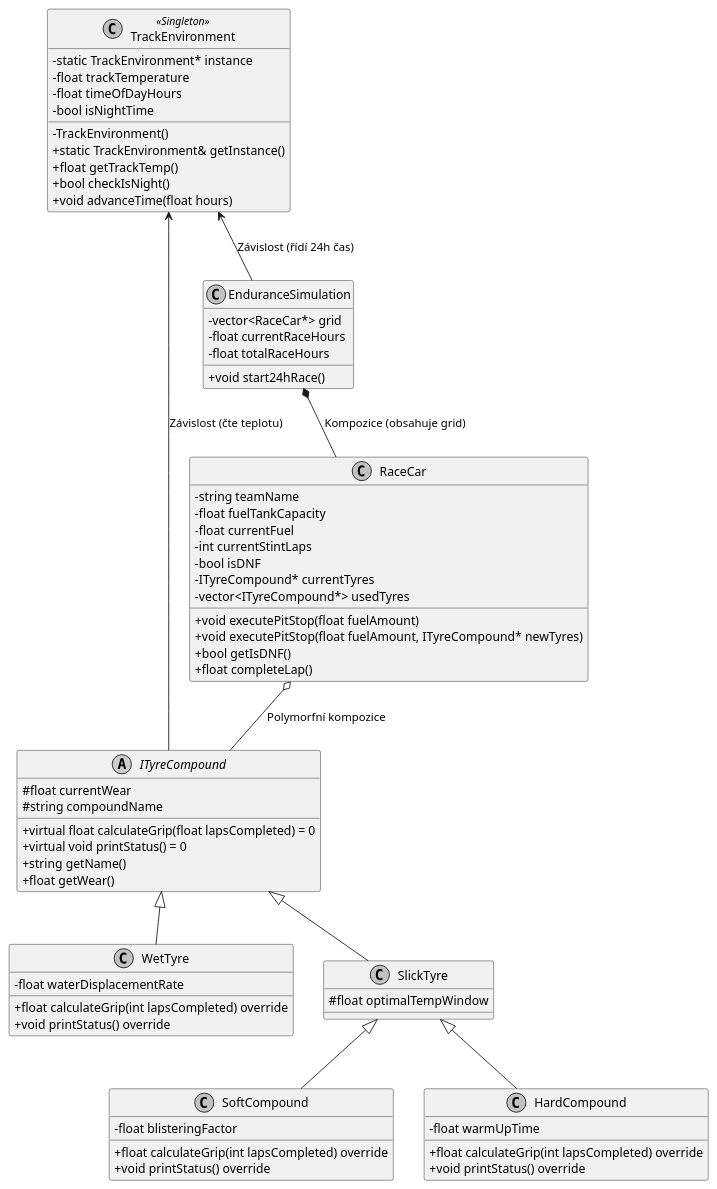
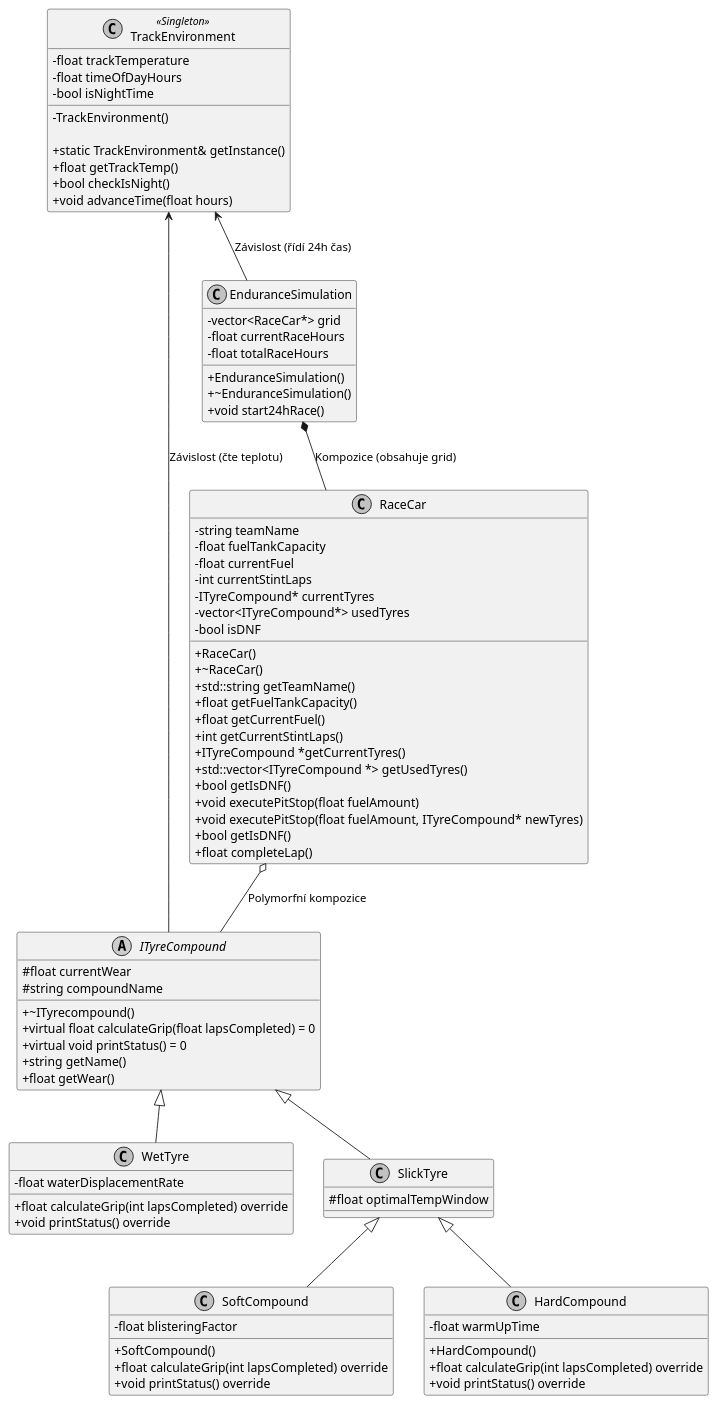
Before and after one commit to PetrikVojtech/tyreStrategySimulator: the diagram in UML-diagram/diagram.puml, drawn with PlantUML.

Commit message:
Corrected UML diagram

```diff
--- a/UML-diagram/diagram.puml
+++ b/UML-diagram/diagram.puml
@@ -1,85 +1,98 @@
 @startuml tyreStrategySimDiagram
 skinparam classAttributeIconSize 0
 skinparam monochrome true
 
 class TrackEnvironment <<Singleton>> {
-  - static TrackEnvironment* instance
   - float trackTemperature
   - float timeOfDayHours
   - bool isNightTime
-
   - TrackEnvironment()
+  
   + static TrackEnvironment& getInstance()
   + float getTrackTemp()
   + bool checkIsNight()
   + void advanceTime(float hours)
 }
 
 abstract class ITyreCompound {
   # float currentWear
   # string compoundName
 
+  + ~ITyrecompound()
   + virtual float calculateGrip(float lapsCompleted) = 0
   + virtual void printStatus() = 0
   + string getName()
   + float getWear()
 }
 
 class WetTyre {
   - float waterDisplacementRate
 
   + float calculateGrip(int lapsCompleted) override
   + void printStatus() override
 }
 
 class SlickTyre {
   # float optimalTempWindow
 }
 
 class SoftCompound {
   - float blisteringFactor
 
+  + SoftCompound()
   + float calculateGrip(int lapsCompleted) override
   + void printStatus() override
 }
 
 class HardCompound {
   - float warmUpTime
 
+  + HardCompound()
   + float calculateGrip(int lapsCompleted) override
   + void printStatus() override
 }
 
 class RaceCar {
   - string teamName
   - float fuelTankCapacity
   - float currentFuel
   - int currentStintLaps
-  - bool isDNF
   - ITyreCompound* currentTyres
   - vector<ITyreCompound*> usedTyres
+  - bool isDNF
 
+  + RaceCar()
+  + ~RaceCar()
+  + std::string getTeamName()
+  + float getFuelTankCapacity()
+  + float getCurrentFuel()
+  + int getCurrentStintLaps()
+  + ITyreCompound *getCurrentTyres()
+  + std::vector<ITyreCompound *> getUsedTyres()
+  + bool getIsDNF()
   + void executePitStop(float fuelAmount)
   + void executePitStop(float fuelAmount, ITyreCompound* newTyres)
   + bool getIsDNF()
   + float completeLap()
 }
 
 class EnduranceSimulation {
   - vector<RaceCar*> grid
   - float currentRaceHours
   - float totalRaceHours
   
+  + EnduranceSimulation()
+  + ~EnduranceSimulation()
   + void start24hRace()
 }
 
 ITyreCompound <|-- WetTyre
 ITyreCompound <|-- SlickTyre
 SlickTyre <|-- SoftCompound
 SlickTyre <|-- HardCompound
 
 RaceCar o-- ITyreCompound : "Polymorfní kompozice"
 EnduranceSimulation *-- RaceCar : "Kompozice (obsahuje grid)"
 TrackEnvironment <-- ITyreCompound : "Závislost (čte teplotu)"
 TrackEnvironment <-- EnduranceSimulation : "Závislost (řídí 24h čas)"
 @enduml
```
